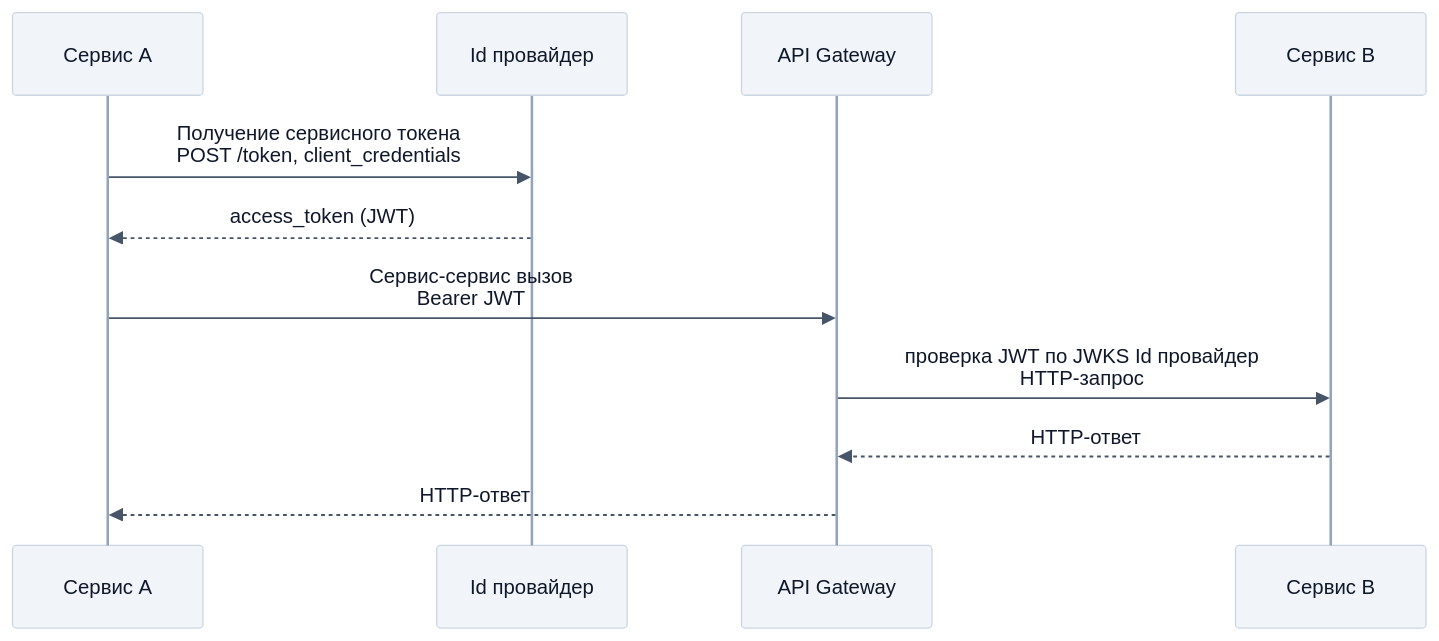
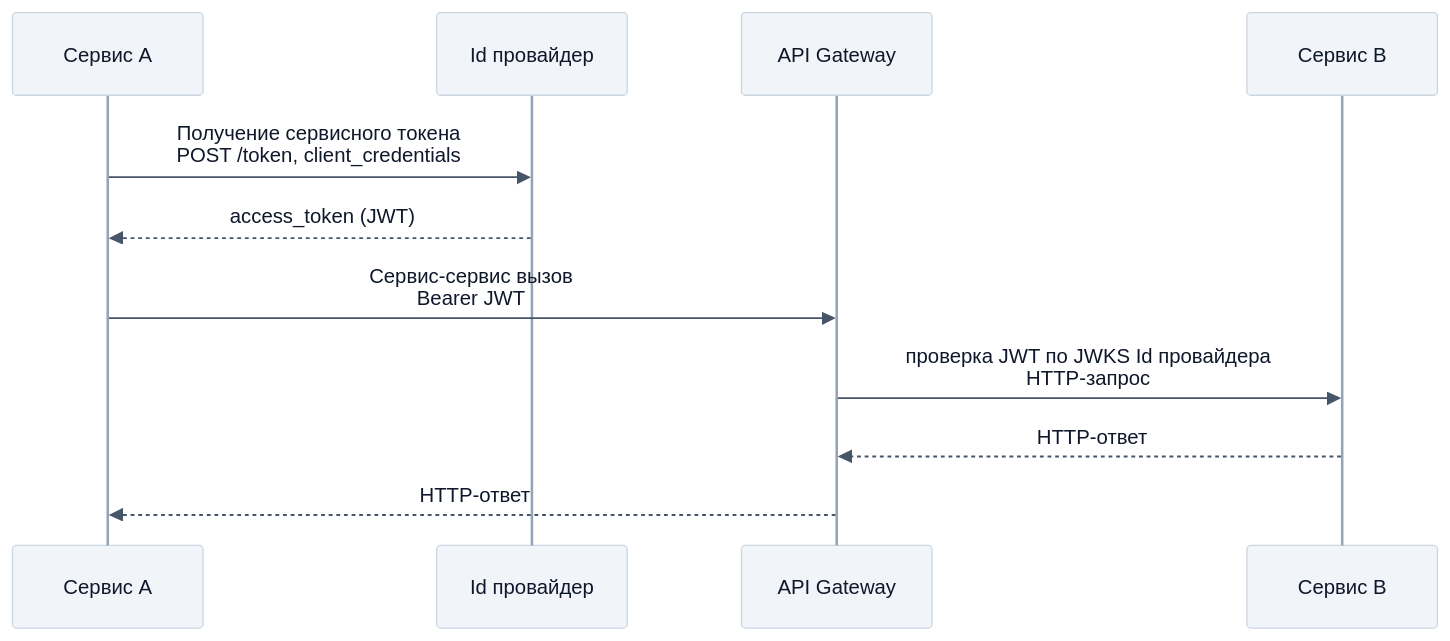
One commit to Trump68/infra changed the sixth of 19 diagrams in TZ/1.Пояснительная записка к техническому проекту.md. Above: the diagram before and after it, drawn with Mermaid. The commit also changed other lines of this file, not shown here.

````diff
--- a/TZ/1.Пояснительная записка к техническому проекту.md
+++ b/TZ/1.Пояснительная записка к техническому проекту.md
@@ -910,16 +855,16 @@
 ```mermaid
 %%{init: {"theme": "base", "themeVariables": {"darkMode": false, "background": "#ffffff", "primaryColor": "#f1f5f9", "primaryTextColor": "#0f172a", "primaryBorderColor": "#cbd5e1", "secondaryColor": "#e2e8f0", "secondaryTextColor": "#0f172a", "secondaryBorderColor": "#cbd5e1", "tertiaryColor": "#ffffff", "tertiaryTextColor": "#0f172a", "tertiaryBorderColor": "#e2e8f0", "mainBkg": "#f8fafc", "textColor": "#0f172a", "lineColor": "#64748b", "noteBkgColor": "#eef2f7", "noteTextColor": "#0f172a", "noteBorderColor": "#eef2f7", "actorBkg": "#f1f5f9", "actorTextColor": "#0f172a", "actorBorder": "#cbd5e1", "actorLineColor": "#94a3b8", "signalColor": "#475569", "signalTextColor": "#0f172a", "labelBoxBkgColor": "transparent", "labelBoxBorderColor": "transparent", "labelTextColor": "#0f172a", "loopTextColor": "#0f172a", "activationBkgColor": "#eef2f7", "activationBorderColor": "#94a3b8", "sequenceNumberColor": "#475569", "edgeLabelBackground": "transparent"}, "sequence": {"actorMargin": 90, "messageMargin": 56, "noteMargin": 18, "boxMargin": 12}}}%%
 sequenceDiagram
   participant SvcA as Сервис A
   participant IdP as Id провайдер
   participant Gateway as API Gateway
   participant SvcB as Сервис B
 
   SvcA->>IdP: Получение сервисного токена<br/>POST /token, client_credentials
   IdP-->>SvcA: access_token (JWT)
 
   SvcA->>Gateway: Сервис-сервис вызов<br/>Bearer JWT
-  Gateway->>SvcB: проверка JWT по JWKS Id провайдер<br/>HTTP-запрос
+  Gateway->>SvcB: проверка JWT по JWKS Id провайдера<br/>HTTP-запрос
   SvcB-->>Gateway: HTTP-ответ
   Gateway-->>SvcA: HTTP-ответ
 ```
````
